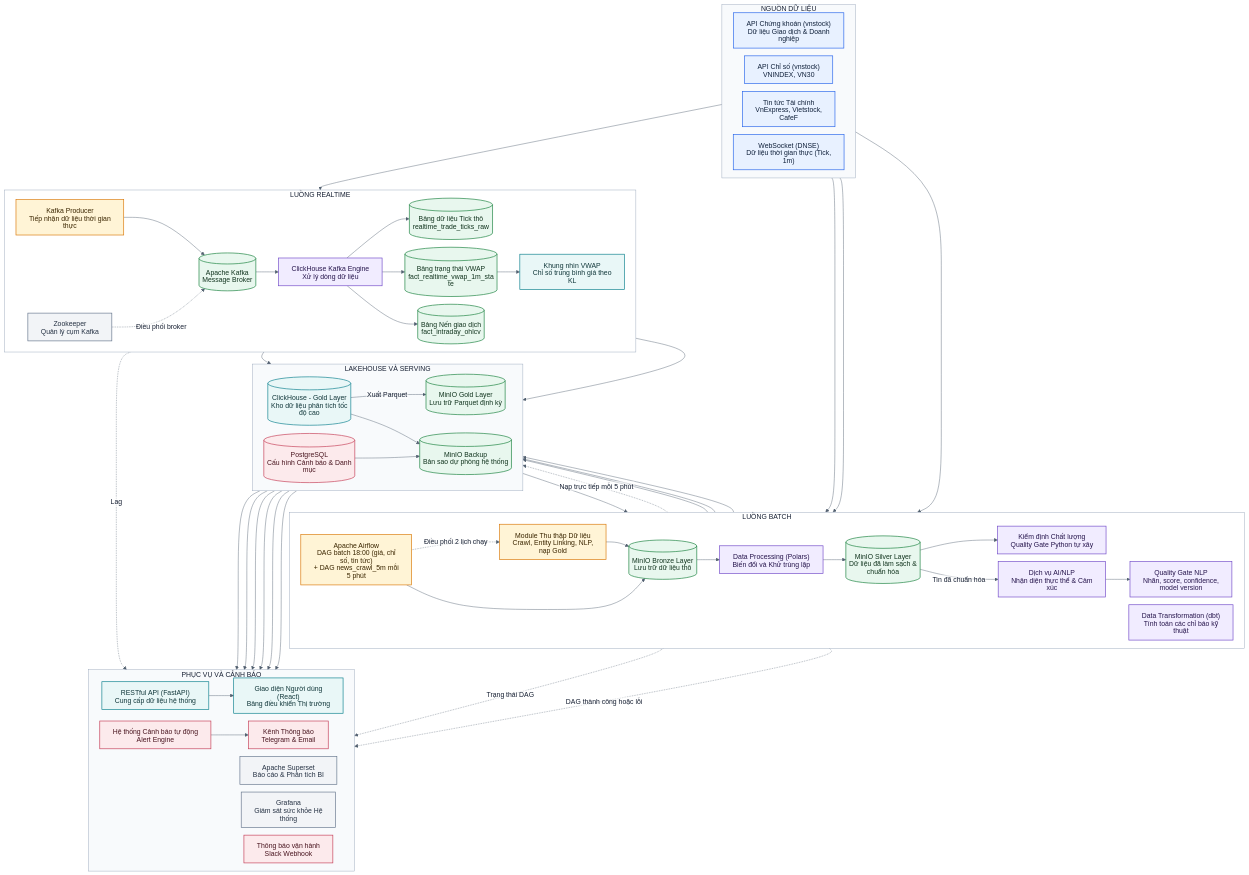
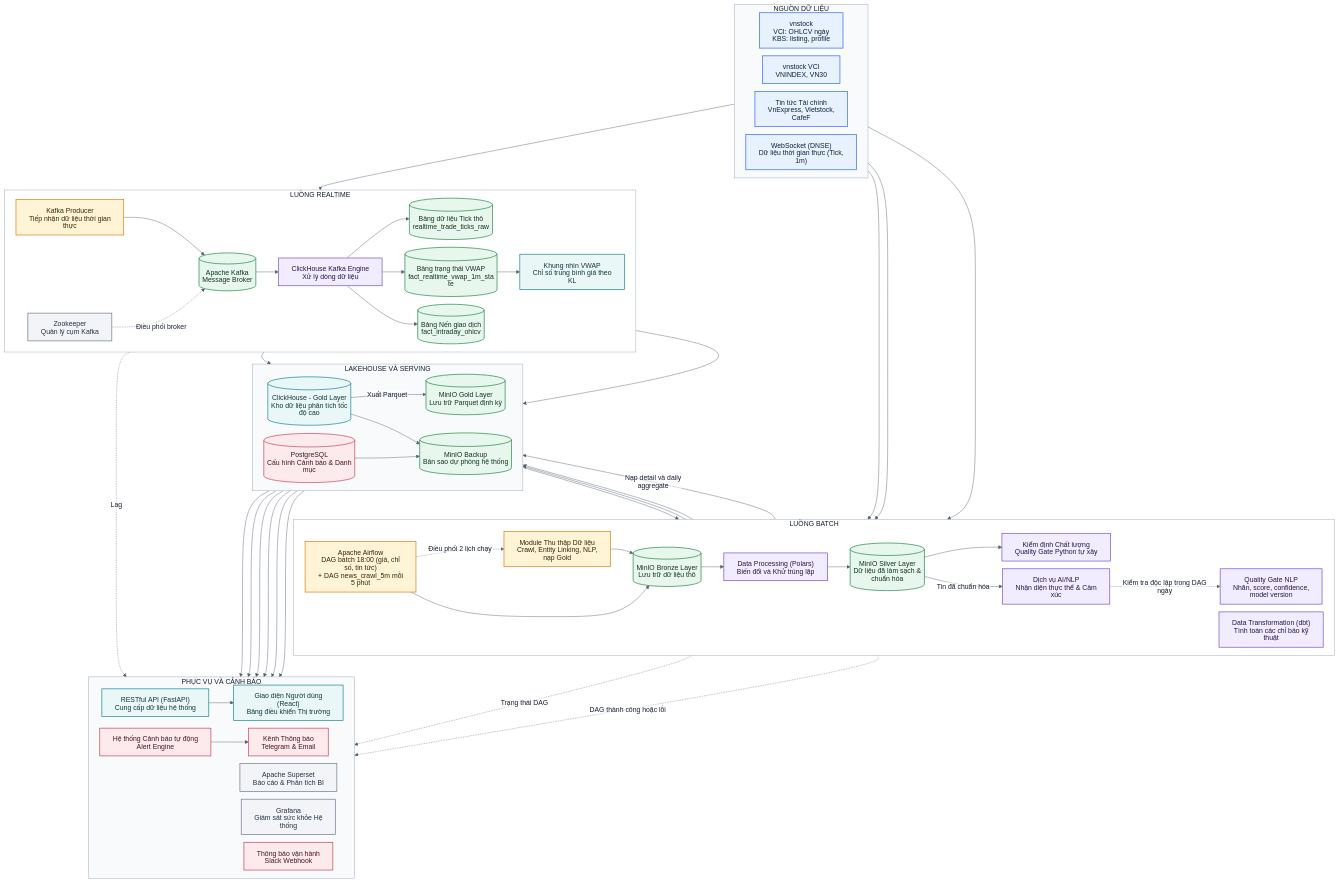
Before and after one commit to mihuyen/DataEngineerVDT: the diagram in docs/architecture/system_architecture.mmd, drawn with Mermaid. The commit also changed 5 other files, not shown here.

```diff
--- a/docs/architecture/system_architecture.mmd
+++ b/docs/architecture/system_architecture.mmd
@@ -1,98 +1,98 @@
 %%{init: {"theme":"base","htmlLabels":false,"flowchart":{"htmlLabels":false,"curve":"basis","nodeSpacing":18,"rankSpacing":28,"diagramPadding":6},"themeVariables":{"background":"#ffffff","primaryTextColor":"#172033","lineColor":"#526070","clusterBkg":"#f8fafc","clusterBorder":"#cbd5e1","edgeLabelBackground":"#ffffff","titleColor":"#172033","fontFamily":"Arial"}}}%%
 flowchart TB
   classDef source fill:#E8F1FF,stroke:#2563EB,color:#10213B,stroke-width:1.5px;
   classDef ingest fill:#FFF4D6,stroke:#D97706,color:#3B2600,stroke-width:1.5px;
   classDef storage fill:#E8F7EE,stroke:#16803C,color:#12351F,stroke-width:1.5px;
   classDef process fill:#F1ECFF,stroke:#7048C8,color:#27164D,stroke-width:1.5px;
   classDef serving fill:#E9F7F7,stroke:#087F8C,color:#12383B,stroke-width:1.5px;
   classDef ops fill:#FCEAEC,stroke:#C43B55,color:#4A1620,stroke-width:1.5px;
   classDef observe fill:#F2F4F7,stroke:#64748B,color:#263244,stroke-width:1.5px;
 
   subgraph SOURCES[NGUỒN DỮ LIỆU]
     direction LR
-    KBS["API Chứng khoán (vnstock)<br/>Dữ liệu Giao dịch & Doanh nghiệp"]:::source
-    VCI["API Chỉ số (vnstock)<br/>VNINDEX, VN30"]:::source
+    KBS["vnstock<br/>VCI: OHLCV ngày<br/>KBS: listing, profile"]:::source
+    VCI["vnstock VCI<br/>VNINDEX, VN30"]:::source
     NEWS[Tin tức Tài chính<br/>VnExpress, Vietstock, CafeF]:::source
     DNSE["WebSocket (DNSE)<br/>Dữ liệu thời gian thực (Tick, 1m)"]:::source
   end
 
   subgraph BATCH[LUỒNG BATCH]
     direction LR
     AIRFLOW["Apache Airflow<br/>DAG batch 18:00 (giá, chỉ số, tin tức)<br/>+ DAG news_crawl_5m mỗi 5 phút"]:::ingest
     CRAWLER[Module Thu thập Dữ liệu<br/>Crawl, Entity Linking, NLP, nạp Gold]:::ingest
     BRONZE[("MinIO Bronze Layer<br/>Lưu trữ dữ liệu thô")]:::storage
     SILVER[("MinIO Silver Layer<br/>Dữ liệu đã làm sạch & chuẩn hóa")]:::storage
     TRANSFORM["Data Processing (Polars)<br/>Biến đổi và Khử trùng lặp"]:::process
     QUALITY[Kiểm định Chất lượng<br/>Quality Gate Python tự xây]:::process
     DBT["Data Transformation (dbt)<br/>Tính toán các chỉ báo kỹ thuật"]:::process
     NLP[Dịch vụ AI/NLP<br/>Nhận diện thực thể & Cảm xúc]:::process
     NLPQ[Quality Gate NLP<br/>Nhãn, score, confidence, model version]:::process
   end
 
   subgraph STREAM[LUỒNG REALTIME]
     direction LR
     PRODUCER[Kafka Producer<br/>Tiếp nhận dữ liệu thời gian thực]:::ingest
     KAFKA[("Apache Kafka<br/>Message Broker")]:::storage
     ZK[Zookeeper<br/>Quản lý cụm Kafka]:::observe
     KENGINE[ClickHouse Kafka Engine<br/>Xử lý dòng dữ liệu]:::process
     RAWTICK[("Bảng dữ liệu Tick thô<br/>realtime_trade_ticks_raw")]:::storage
     VWAPSTATE[("Bảng trạng thái VWAP<br/>fact_realtime_vwap_1m_state")]:::storage
     INTRADAY[("Bảng Nến giao dịch<br/>fact_intraday_ohlcv")]:::storage
     VWAPVIEW[Khung nhìn VWAP<br/>Chỉ số trung bình giá theo KL]:::serving
   end
 
   subgraph LAKE_SERVE[LAKEHOUSE VÀ SERVING]
     direction LR
     CLICKHOUSE[("ClickHouse - Gold Layer<br/>Kho dữ liệu phân tích tốc độ cao")]:::serving
     GOLD[("MinIO Gold Layer<br/>Lưu trữ Parquet định kỳ")]:::storage
     BACKUP[("MinIO Backup<br/>Bản sao dự phòng hệ thống")]:::storage
     POSTGRES[("PostgreSQL<br/>Cấu hình Cảnh báo & Danh mục")]:::ops
   end
 
   subgraph CONSUME[PHỤC VỤ VÀ CẢNH BÁO]
     direction LR
     API["RESTful API (FastAPI)<br/>Cung cấp dữ liệu hệ thống"]:::serving
     REACT["Giao diện Người dùng (React)<br/>Bảng điều khiển Thị trường"]:::serving
     SUPERSET[Apache Superset<br/>Báo cáo & Phân tích BI]:::observe
     GRAFANA[Grafana<br/>Giám sát sức khỏe Hệ thống]:::observe
     ALERT[Hệ thống Cảnh báo tự động<br/>Alert Engine]:::ops
     CHANNEL[Kênh Thông báo<br/>Telegram & Email]:::ops
     SLACK[Thông báo vận hành<br/>Slack Webhook]:::ops
   end
 
   KBS --> AIRFLOW
   VCI --> AIRFLOW
   NEWS --> CRAWLER --> BRONZE
   AIRFLOW -. Điều phối 2 lịch chạy .-> CRAWLER
-  CRAWLER -.->|Nạp trực tiếp mỗi 5 phút| CLICKHOUSE
   AIRFLOW --> BRONZE
   BRONZE --> TRANSFORM --> SILVER --> QUALITY
   QUALITY --> CLICKHOUSE
   CLICKHOUSE --> DBT --> CLICKHOUSE
-  SILVER -->|Tin đã chuẩn hóa| NLP --> NLPQ --> CLICKHOUSE
+  SILVER -->|Tin đã chuẩn hóa| NLP -->|Nạp detail và daily aggregate| CLICKHOUSE
+  NLP -. Kiểm tra độc lập trong DAG ngày .-> NLPQ
   CLICKHOUSE -->|Xuất Parquet| GOLD
   CLICKHOUSE --> BACKUP
   POSTGRES --> BACKUP
 
   DNSE --> PRODUCER --> KAFKA --> KENGINE
   ZK -. Điều phối broker .-> KAFKA
   KENGINE --> RAWTICK
   KENGINE --> VWAPSTATE --> VWAPVIEW --> CLICKHOUSE
   KENGINE --> INTRADAY --> CLICKHOUSE
 
   CLICKHOUSE --> API
   POSTGRES --> API
   API --> REACT
   CLICKHOUSE --> SUPERSET
   CLICKHOUSE --> GRAFANA
   CLICKHOUSE --> ALERT
   POSTGRES --> ALERT --> CHANNEL
   AIRFLOW -. Trạng thái DAG .-> API
   AIRFLOW -. DAG thành công hoặc lỗi .-> SLACK
   KAFKA -. Lag .-> GRAFANA
 
   style SOURCES fill:#F8FAFC,stroke:#94A3B8,color:#172033
   style BATCH fill:#FFFFFF,stroke:#94A3B8,color:#172033
   style STREAM fill:#FFFFFF,stroke:#94A3B8,color:#172033
   style LAKE_SERVE fill:#F8FAFC,stroke:#94A3B8,color:#172033
   style CONSUME fill:#F8FAFC,stroke:#94A3B8,color:#172033
```
